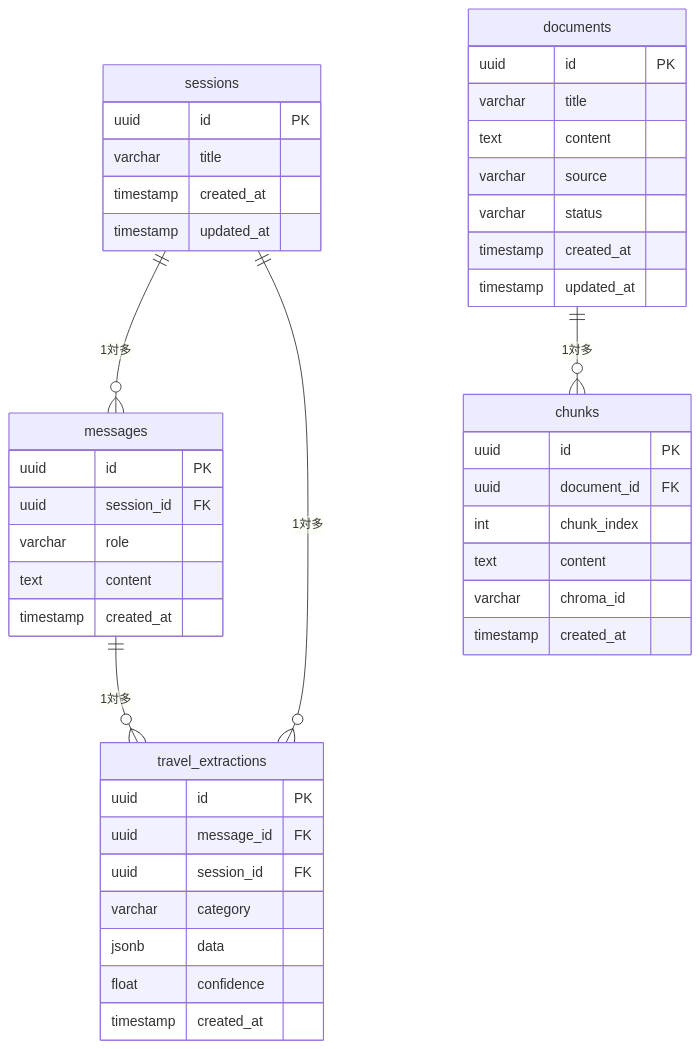
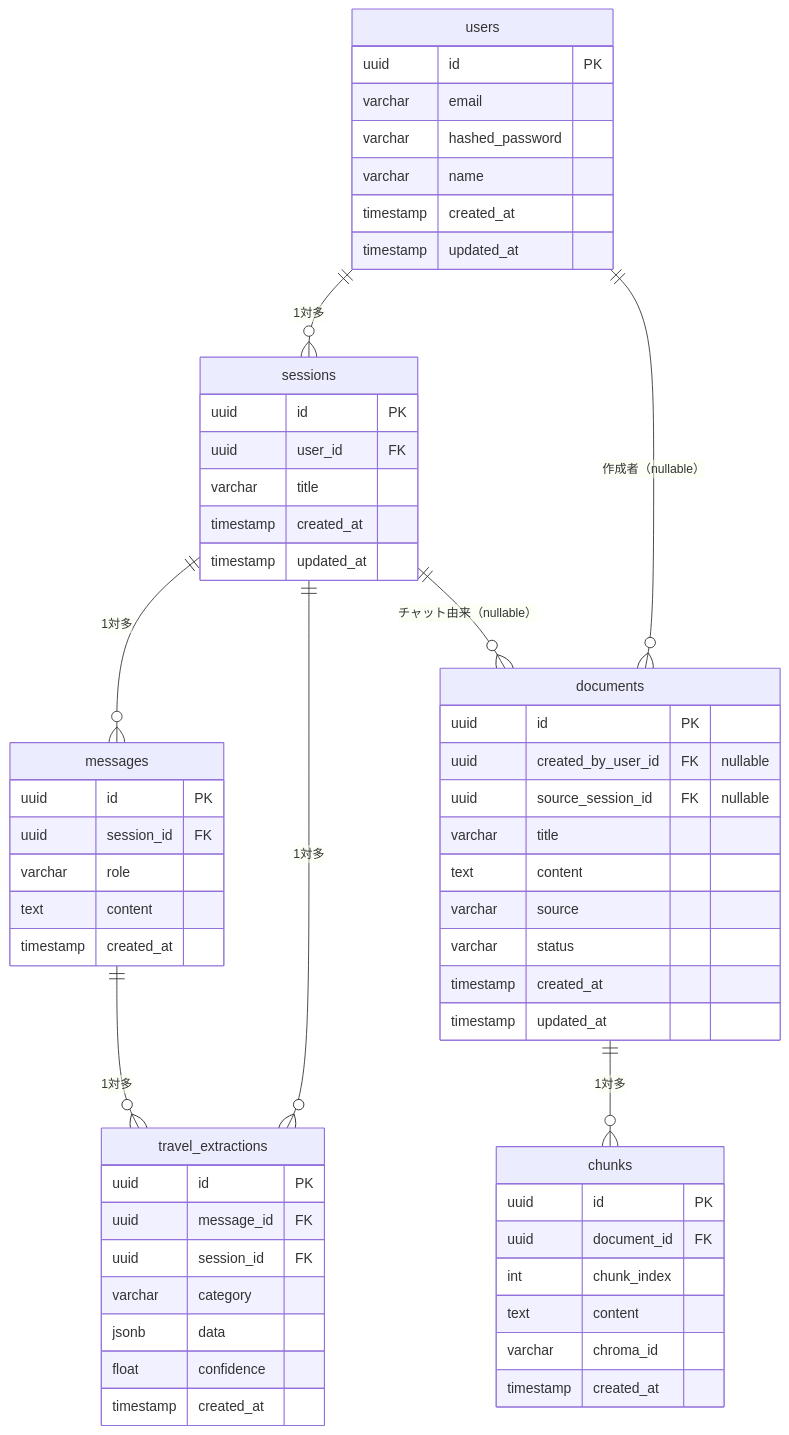
One commit to lay-2025/wanderwise-ai changed the diagram in docs/db/01_er_diagram.md. Above: the diagram before and after it, drawn with Mermaid. The commit also changed other lines of this file and 1 other file, not shown here.

````diff
--- a/docs/db/01_er_diagram.md
+++ b/docs/db/01_er_diagram.md
@@ -8,51 +17,66 @@
 ```mermaid
 erDiagram
+    users {
+        uuid id PK
+        varchar email
+        varchar hashed_password
+        varchar name
+        timestamp created_at
+        timestamp updated_at
+    }
+
     sessions {
         uuid id PK
+        uuid user_id FK
         varchar title
         timestamp created_at
         timestamp updated_at
     }
 
     messages {
         uuid id PK
         uuid session_id FK
         varchar role
         text content
         timestamp created_at
     }
 
     travel_extractions {
         uuid id PK
         uuid message_id FK
         uuid session_id FK
         varchar category
         jsonb data
         float confidence
         timestamp created_at
     }
 
     documents {
         uuid id PK
+        uuid created_by_user_id FK "nullable"
+        uuid source_session_id FK "nullable"
         varchar title
         text content
         varchar source
         varchar status
         timestamp created_at
         timestamp updated_at
     }
 
     chunks {
         uuid id PK
         uuid document_id FK
         int chunk_index
         text content
         varchar chroma_id
         timestamp created_at
     }
 
+    users ||--o{ sessions : "1対多"
+    users ||--o{ documents : "作成者（nullable）"
     sessions ||--o{ messages : "1対多"
     sessions ||--o{ travel_extractions : "1対多"
+    sessions ||--o{ documents : "チャット由来（nullable）"
     messages ||--o{ travel_extractions : "1対多"
     documents ||--o{ chunks : "1対多"
 ```
````
